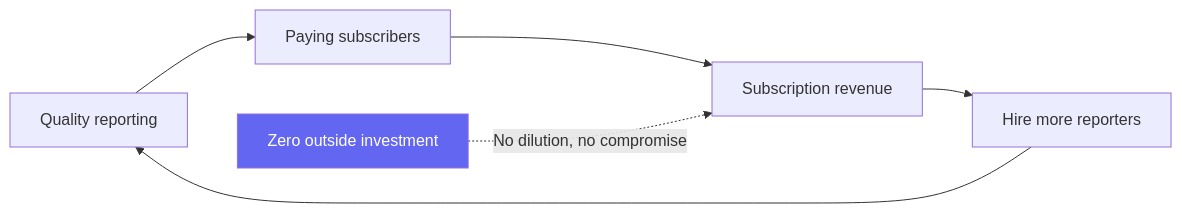
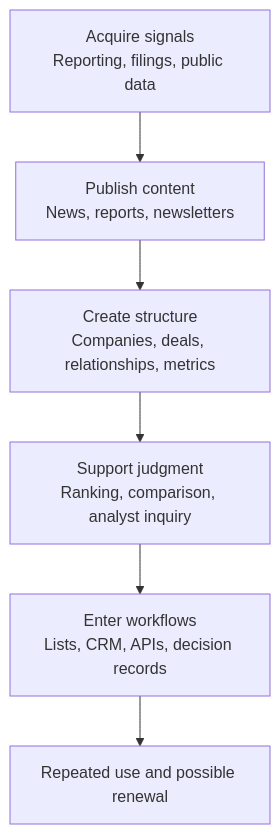
One commit to vincentxuu/quidproquo changed the first of 3 diagrams in src/content/posts/product/2026-09-16-b2b-intelligence-business-en.md. Above: the diagram before and after it, drawn with Mermaid. The commit also changed other lines of this file and 108 other files, not shown here.

````diff
--- a/src/content/posts/product/2026-09-16-b2b-intelligence-business-en.md
+++ b/src/content/posts/product/2026-09-16-b2b-intelligence-business-en.md
@@ -64,9 +28,8 @@
 ```mermaid
-graph LR
-    A[Quality reporting] --> B[Paying subscribers]
-    B --> C[Subscription revenue]
-    C --> D[Hire more reporters]
-    D --> A
-    E[Zero outside investment] -.->|No dilution, no compromise| C
-    style E fill:#6366f1,color:#fff
+flowchart TD
+    A[Acquire signals<br/>Reporting, filings, public data] --> B[Publish content<br/>News, reports, newsletters]
+    B --> C[Create structure<br/>Companies, deals, relationships, metrics]
+    C --> D[Support judgment<br/>Ranking, comparison, analyst inquiry]
+    D --> E[Enter workflows<br/>Lists, CRM, APIs, decision records]
+    E --> F[Repeated use and possible renewal]
 ```
````
